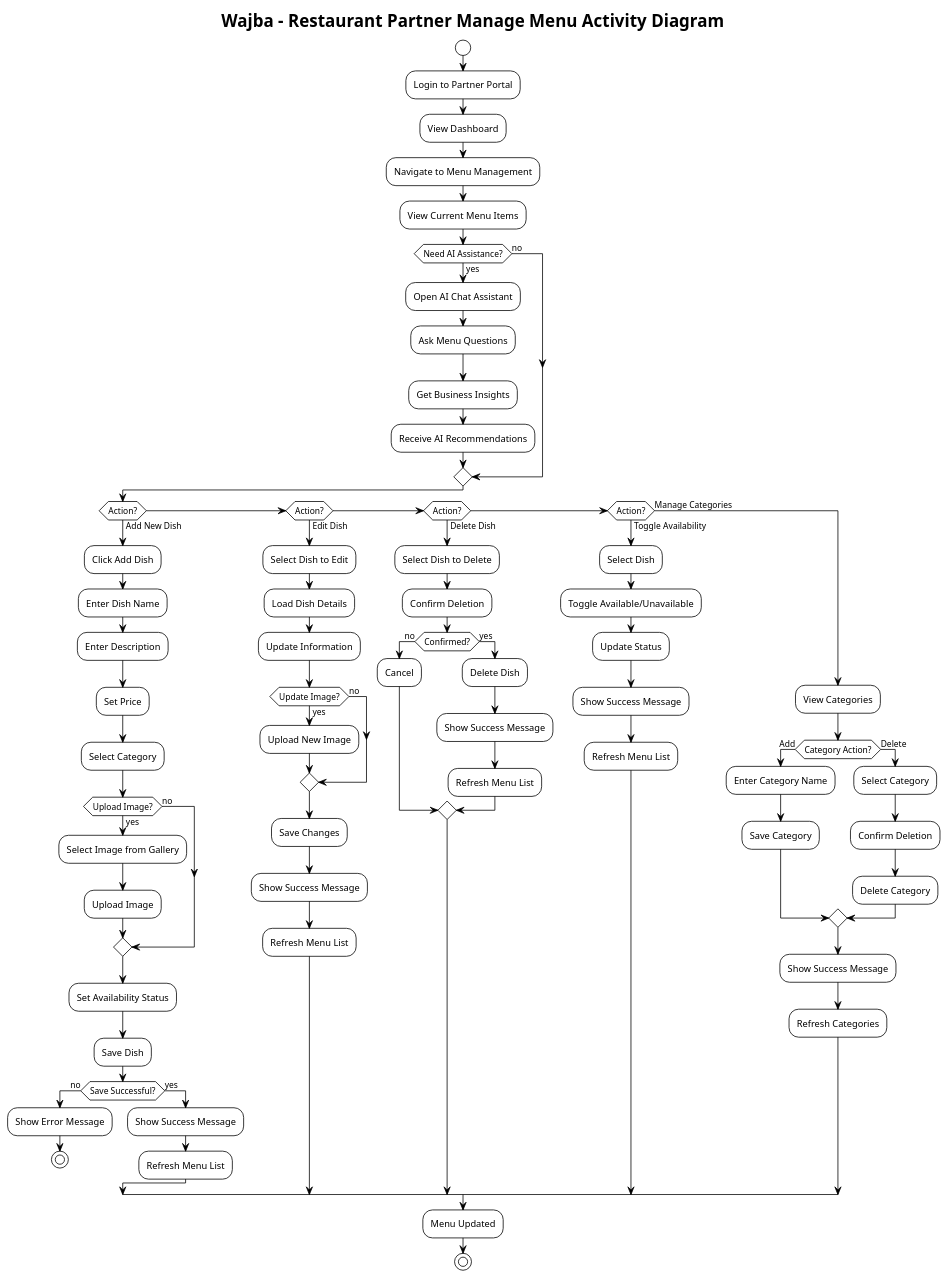
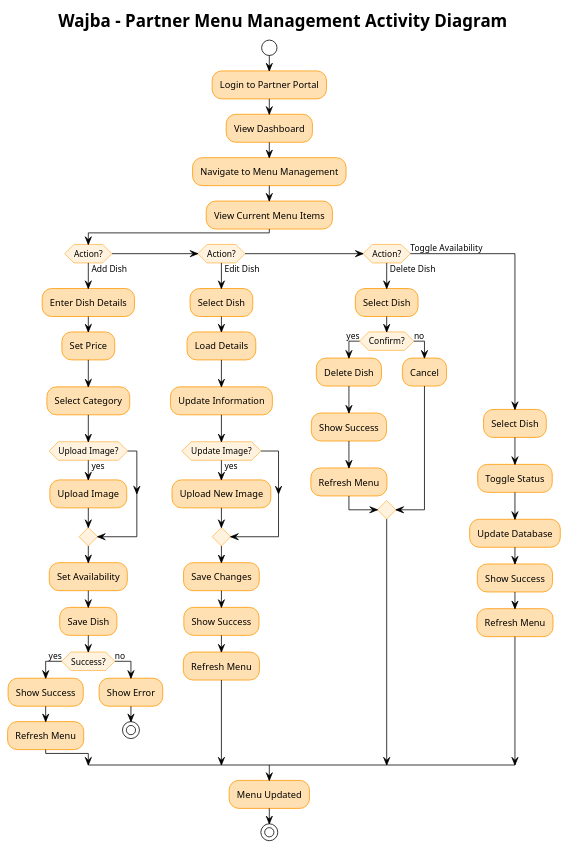
Before and after one commit to mmahmood233/SmartBite: the diagram in diagrams/activity-partner.puml, drawn with PlantUML. The commit also changed 127 other files, not shown here.

First line of the commit message:
docs: add comprehensive order flow documentation and data management scripts

```diff
--- a/diagrams/activity-partner.puml
+++ b/diagrams/activity-partner.puml
@@ -1,101 +1,76 @@
-@startuml Partner Activity Diagram - Manage Menu
+@startuml Partner Menu Management
 !theme plain
+skinparam ActivityBackgroundColor #FFE0B2
+skinparam ActivityBorderColor #FF9800
+skinparam ActivityDiamondBackgroundColor #FFF3E0
+skinparam ActivityDiamondBorderColor #FFB74D
 
-title Wajba - Restaurant Partner Manage Menu Activity Diagram
+title Wajba - Partner Menu Management Activity Diagram
 
 start
 
 :Login to Partner Portal;
 
 :View Dashboard;
 
 :Navigate to Menu Management;
 
 :View Current Menu Items;
 
-if (Need AI Assistance?) then (yes)
-  :Open AI Chat Assistant;
-  :Ask Menu Questions;
-  :Get Business Insights;
-  :Receive AI Recommendations;
-else (no)
-endif
-
-if (Action?) then (Add New Dish)
-  :Click Add Dish;
-  :Enter Dish Name;
-  :Enter Description;
+if (Action?) then (Add Dish)
+  :Enter Dish Details;
   :Set Price;
   :Select Category;
   
   if (Upload Image?) then (yes)
-    :Select Image from Gallery;
     :Upload Image;
-  else (no)
   endif
   
-  :Set Availability Status;
+  :Set Availability;
   :Save Dish;
   
-  if (Save Successful?) then (no)
-    :Show Error Message;
+  if (Success?) then (yes)
+    :Show Success;
+    :Refresh Menu;
+  else (no)
+    :Show Error;
     stop
-  else (yes)
-    :Show Success Message;
-    :Refresh Menu List;
   endif
-  
+
 elseif (Action?) then (Edit Dish)
-  :Select Dish to Edit;
-  :Load Dish Details;
+  :Select Dish;
+  :Load Details;
   :Update Information;
   
   if (Update Image?) then (yes)
     :Upload New Image;
-  else (no)
   endif
   
   :Save Changes;
-  :Show Success Message;
-  :Refresh Menu List;
+  :Show Success;
+  :Refresh Menu;
+
+elseif (Action?) then (Delete Dish)
+  :Select Dish;
   
-elseif (Action?) then (Delete Dish)
-  :Select Dish to Delete;
-  :Confirm Deletion;
-  
-  if (Confirmed?) then (no)
+  if (Confirm?) then (yes)
+    :Delete Dish;
+    :Show Success;
+    :Refresh Menu;
+  else (no)
     :Cancel;
-  else (yes)
-    :Delete Dish;
-    :Show Success Message;
-    :Refresh Menu List;
   endif
-  
-elseif (Action?) then (Toggle Availability)
+
+else (Toggle Availability)
   :Select Dish;
-  :Toggle Available/Unavailable;
-  :Update Status;
-  :Show Success Message;
-  :Refresh Menu List;
-  
-else (Manage Categories)
-  :View Categories;
-  
-  if (Category Action?) then (Add)
-    :Enter Category Name;
-    :Save Category;
-  else (Delete)
-    :Select Category;
-    :Confirm Deletion;
-    :Delete Category;
-  endif
-  
-  :Show Success Message;
-  :Refresh Categories;
+  :Toggle Status;
+  :Update Database;
+  :Show Success;
+  :Refresh Menu;
 endif
 
 :Menu Updated;
 
 stop
 
 @enduml
```
